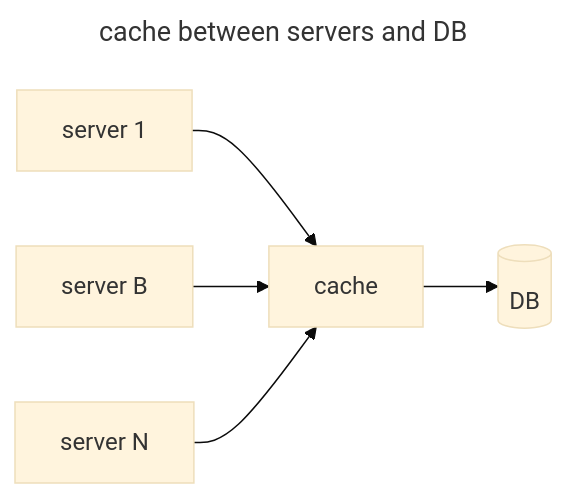
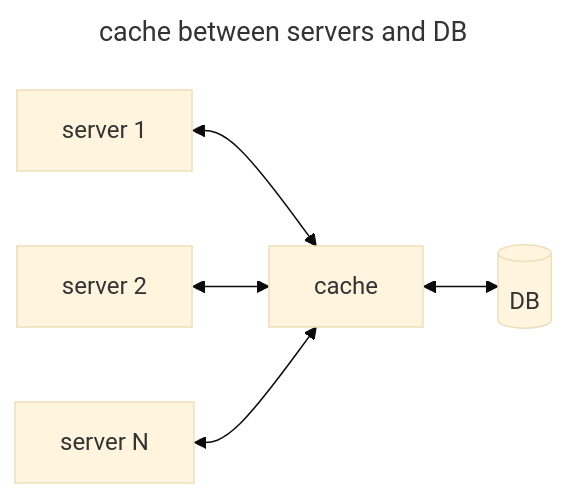
Before and after one commit to brk-a/system-design: the second of 2 diagrams in 0x03-distributed_caches/0-distributed_cache.md, drawn with Mermaid (base theme). The commit also changed other lines of this file, not shown here.

Commit message:
distributed cache

````diff
--- a/0x03-distributed_caches/0-distributed_cache.md
+++ b/0x03-distributed_caches/0-distributed_cache.md
@@ -44,10 +44,10 @@
         ```mermaid
         ---
         title: cache between servers and DB
         ---
         flowchart LR
-        A[server 1]-->B[cache]
-        C[server B]-->B
-        D[server N]-->B
-        B-->E[(DB)]
+        A[server 1]<-->B[cache]
+        C[server 2]<-->B
+        D[server N]<-->B
+        B<-->E[(DB)]
         ```
````
